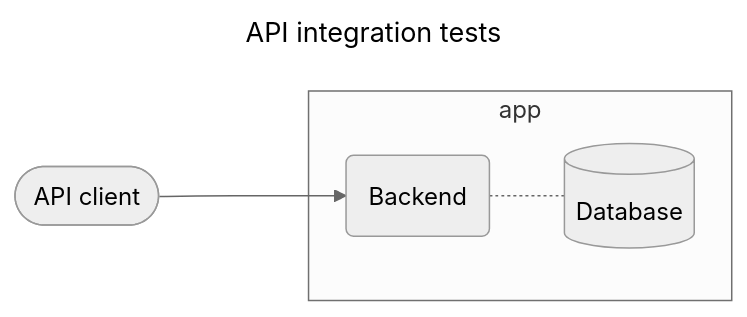
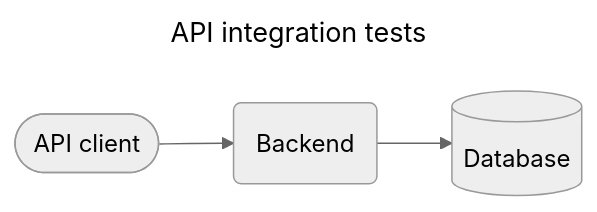
Before and after one commit to kiesraad/abacus: the fourth of 5 diagrams in documentatie/ontwikkelproces/test-tooling.md, drawn with Mermaid (neutral theme). The commit also changed other lines of this file, not shown here.

````diff
--- a/documentatie/ontwikkelproces/test-tooling.md
+++ b/documentatie/ontwikkelproces/test-tooling.md
@@ -122,16 +101,14 @@
 ```mermaid
 ---
 title: API integration tests
 ---
 flowchart LR
     be(Backend)
     db[(Database)]
 
     api-client([API client])
 
-    api-client ---> be
+    api-client --> be
 
-    subgraph app
-        be -.- db
-    end
+    be --> db
 ```
````
